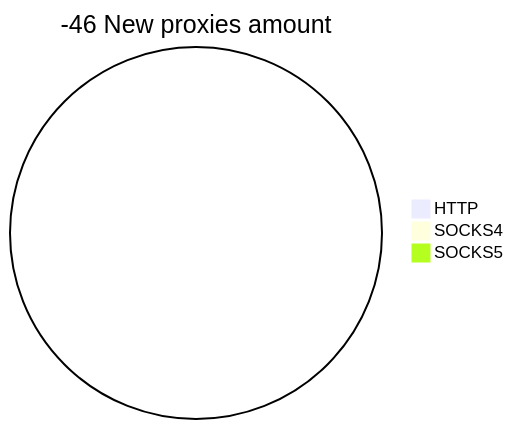
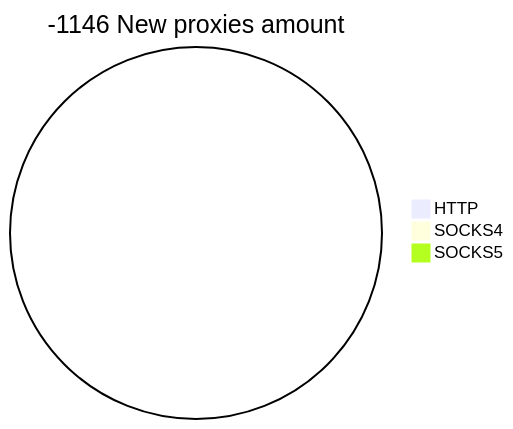
Before and after one commit to cutipu/proxylist: the second of 2 diagrams in README.md, drawn with Mermaid. The commit also changed other lines of this file, not shown here.

````diff
--- a/README.md
+++ b/README.md
@@ -10,6 +10,6 @@
 ```mermaid
-pie title -46 New proxies amount
+pie title -1146 New proxies amount
     "HTTP" : 0
     "SOCKS4" : 0
     "SOCKS5" : 0
 ```
````
